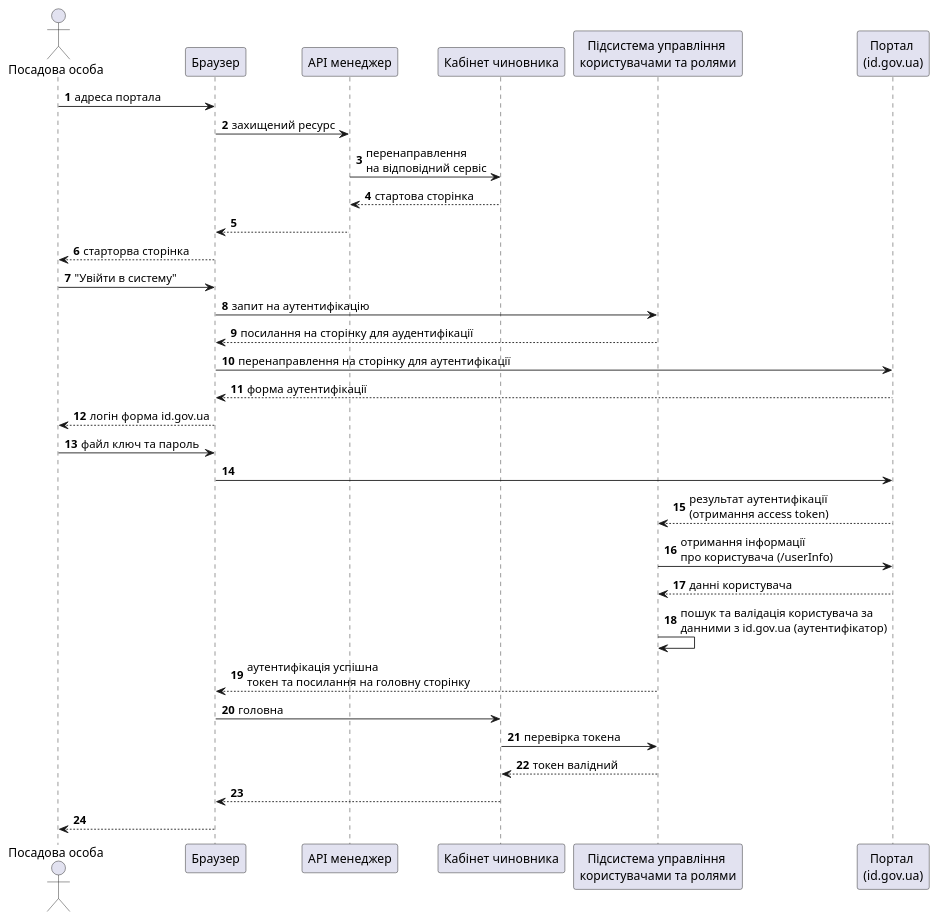
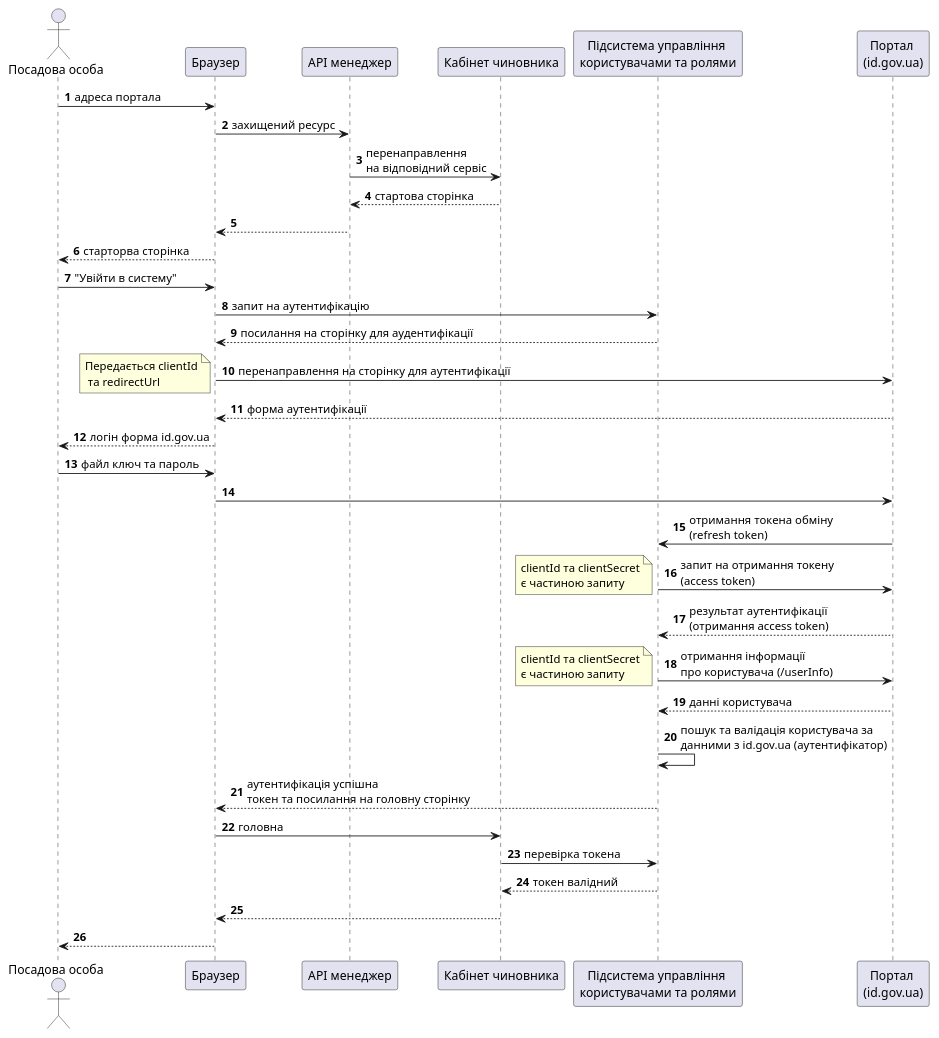
Before and after one commit to epam/edp-ddm-architecture: the first of 2 diagrams in modules/arch/pages/architecture-workspace/platform-evolution/id-gov-ua-flow.adoc, drawn with PlantUML. The commit also changed other lines of this file, not shown here.

```diff
--- a/modules/arch/pages/architecture-workspace/platform-evolution/id-gov-ua-flow.adoc
+++ b/modules/arch/pages/architecture-workspace/platform-evolution/id-gov-ua-flow.adoc
@@ -21,44 +21,48 @@
 [plantuml, flow, svg]
 ----
 @startuml
 autonumber
 actor "Посадова особа" as officer
 participant "Браузер" as browser
 participant "API менеджер" as api
 participant "Кабінет чиновника" as portal
 participant "Підсистема управління \nкористувачами та ролями" as key
 
 participant "Портал \n(id.gov.ua)" as idgov
 
 officer -> browser: адреса портала
 browser -> api: захищений ресурс
 api -> portal: перенаправлення\nна відповідний сервіс
 return стартова сторінка
 api --> browser
 browser --> officer: старторва сторінка
 
 officer -> browser: "Увійти в систему"
 browser -> key: запит на аутентифікацію
 
 return посилання на сторінку для аудентифікації
 browser -> idgov: перенаправлення на сторінку для аутентифікації
+note left: Передається clientId\n та redirectUrl
 return форма аутентифікації
 browser --> officer: логін форма id.gov.ua
 
 officer -> browser: файл ключ та пароль
 browser -> idgov
-
+idgov -> key: отримання токена обміну \n(refresh token)
+key -> idgov: запит на отримання токену\n(access token)
+note left:clientId та clientSecret\nє частиною запиту
 idgov --> key: результат аутентифікації\n(отримання access token)
 
 key -> idgov: отримання інформації \nпро користувача (/userInfo)
+note left:clientId та clientSecret\nє частиною запиту
 return данні користувача
 
 key -> key: пошук та валідація користувача за\nданними з id.gov.ua (аутентифікатор)
 key --> browser: аутентифікація успішна\nтокен та посилання на головну сторінку
 browser -> portal: головна
 portal -> key: перевірка токена
 return токен валідний
 portal --> browser
 browser --> officer
 @enduml
 ----
```
